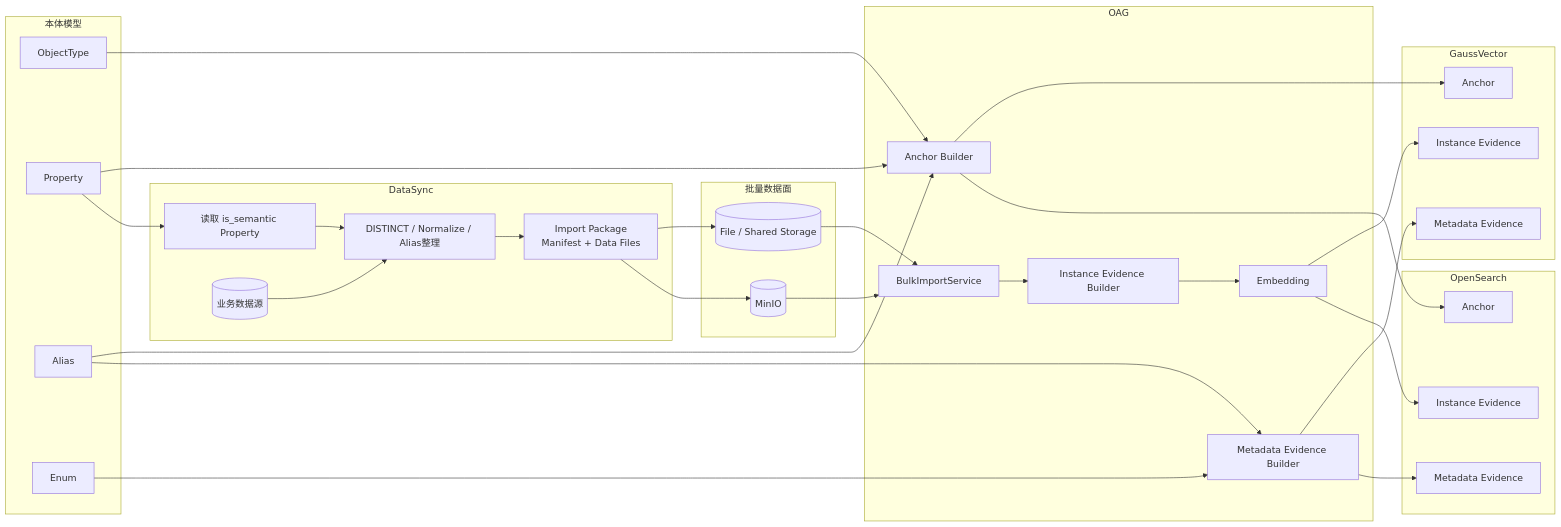
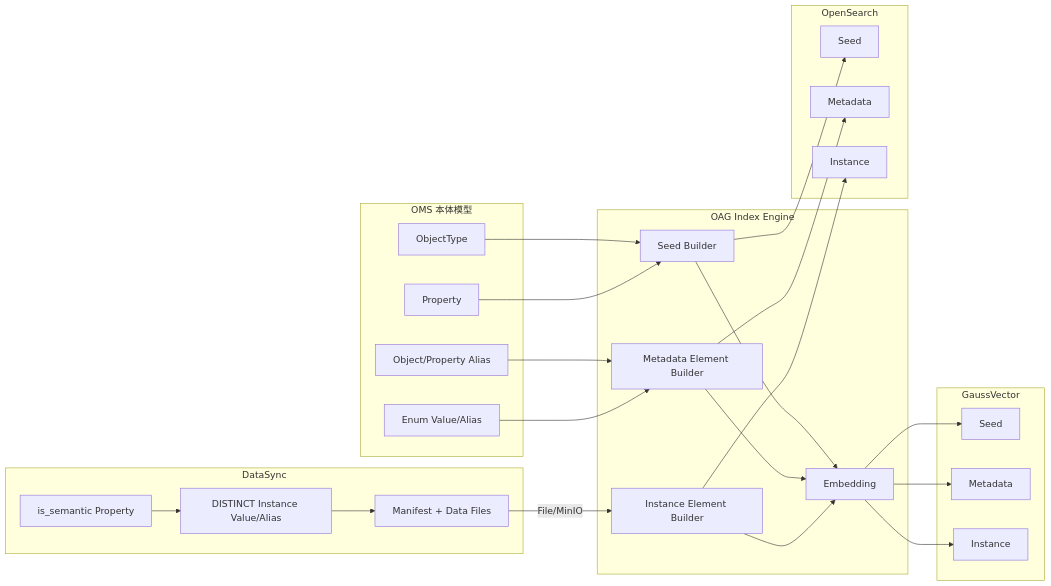
Before and after one commit to cfwl100/onology_dsl: the second of 6 diagrams in docs/OAG本体锚点语义检索与向量索引设计方案.md, drawn with Mermaid. The commit also changed other lines of this file, not shown here.

````diff
--- a/docs/OAG本体锚点语义检索与向量索引设计方案.md
+++ b/docs/OAG本体锚点语义检索与向量索引设计方案.md
@@ -3372,65 +1037,54 @@
 ```mermaid
 flowchart LR
-    subgraph OMS[本体模型]
+    subgraph OMS[OMS 本体模型]
       OT[ObjectType]
       P[Property]
-      A[Alias]
-      EN[Enum]
+      OA[Object/Property Alias]
+      EN[Enum Value/Alias]
     end
 
     subgraph DS[DataSync]
-      SC[读取 is_semantic Property]
-      SRC[(业务数据源)]
-      DV[DISTINCT / Normalize / Alias整理]
-      PKG[Import Package<br/>Manifest + Data Files]
+      SC[is_semantic Property]
+      DV[DISTINCT Instance Value/Alias]
+      PKG[Manifest + Data Files]
     end
 
-    subgraph TRANS[批量数据面]
-      FS[(File / Shared Storage)]
-      MI[(MinIO)]
-    end
-
-    subgraph OAG[OAG]
-      AB[Anchor Builder]
-      MB[Metadata Evidence Builder]
-      BI[BulkImportService]
-      IB[Instance Evidence Builder]
+    subgraph OAG[OAG Index Engine]
+      SB[Seed Builder]
+      MB[Metadata Element Builder]
+      IB[Instance Element Builder]
       EMB[Embedding]
     end
 
     subgraph GV[GaussVector]
-      GA[Anchor]
-      GM[Metadata Evidence]
-      GI[Instance Evidence]
+      GS[Seed]
+      GM[Metadata]
+      GI[Instance]
     end
 
     subgraph OS[OpenSearch]
-      OA[Anchor]
-      OM[Metadata Evidence]
-      OI[Instance Evidence]
+      OS1[Seed]
+      OM[Metadata]
+      OI[Instance]
     end
 
-    OT --> AB
-    P --> AB
-    A --> AB
-    A --> MB
+    OT --> SB
+    P --> SB
+    OA --> MB
     EN --> MB
 
-    AB --> GA
-    AB --> OA
-    MB --> GM
-    MB --> OM
-
-    P --> SC
-    SRC --> DV
     SC --> DV
     DV --> PKG
-    PKG --> FS
-    PKG --> MI
-    FS --> BI
-    MI --> BI
-    BI --> IB
+    PKG -->|File/MinIO| IB
+
+    SB --> EMB
+    MB --> EMB
     IB --> EMB
+
+    EMB --> GS
+    EMB --> GM
     EMB --> GI
-    EMB --> OI
+    SB --> OS1
+    MB --> OM
+    IB --> OI
 ```
````
